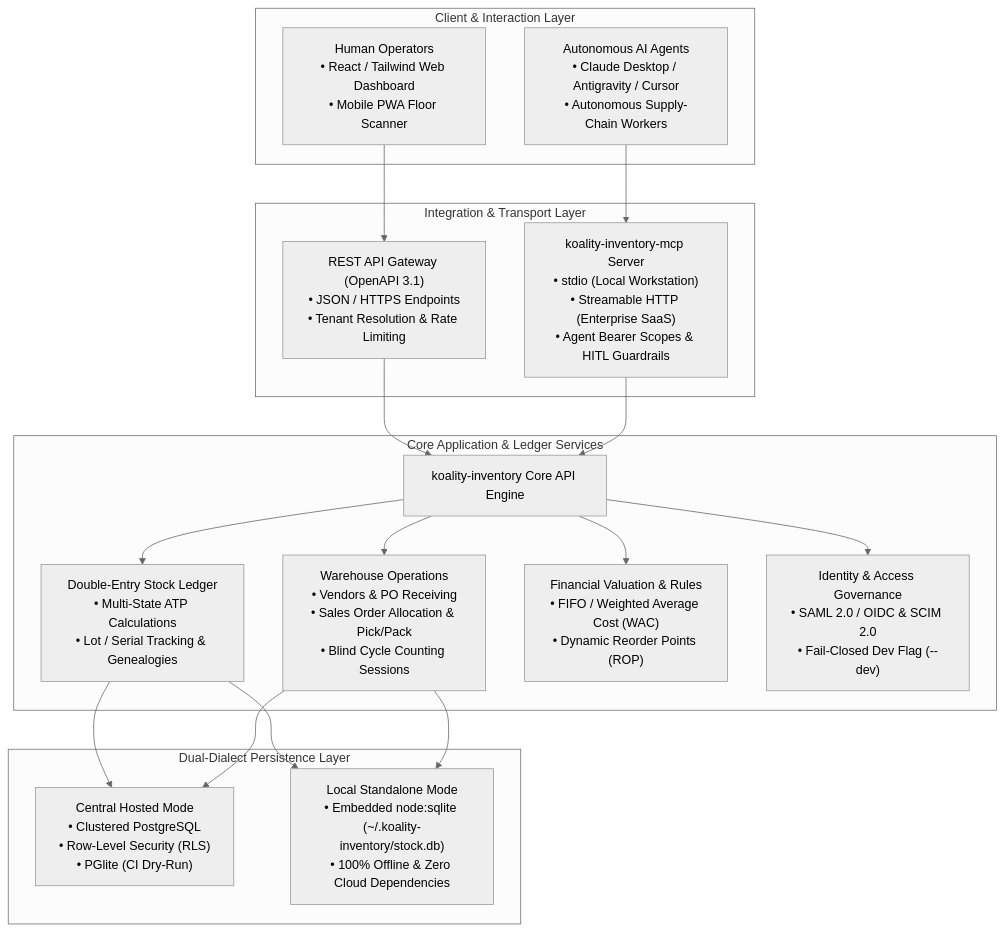
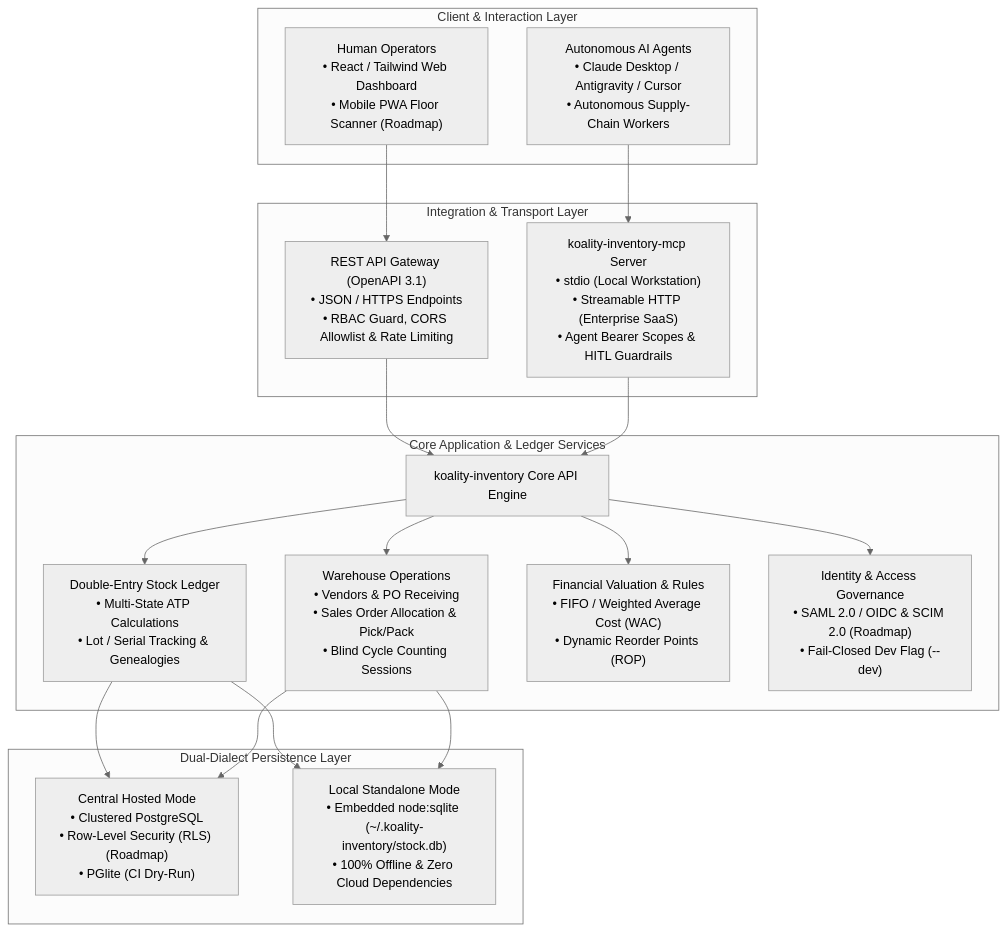
The diagram in README.md (Koality-Assured/koality-inventory), drawn with Mermaid (neutral theme) before and after one commit. The commit also changed other lines of this file and 10 other files, not shown here.

First line of the commit message:
fix(security): enforce RBAC, rate-limits, and update specs (#5)

````diff
--- a/README.md
+++ b/README.md
@@ -29,40 +29,40 @@
 ```mermaid
 flowchart TD
     subgraph ClientLayer ["Client & Interaction Layer"]
-        HumanUI["Human Operators<br/>• React / Tailwind Web Dashboard<br/>• Mobile PWA Floor Scanner"]
+        HumanUI["Human Operators<br/>• React / Tailwind Web Dashboard<br/>• Mobile PWA Floor Scanner (Roadmap)"]
         Agents["Autonomous AI Agents<br/>• Claude Desktop / Antigravity / Cursor<br/>• Autonomous Supply-Chain Workers"]
     end
 
     subgraph IntegrationLayer ["Integration & Transport Layer"]
-        Gateway["REST API Gateway (OpenAPI 3.1)<br/>• JSON / HTTPS Endpoints<br/>• Tenant Resolution & Rate Limiting"]
+        Gateway["REST API Gateway (OpenAPI 3.1)<br/>• JSON / HTTPS Endpoints<br/>• RBAC Guard, CORS Allowlist & Rate Limiting"]
         MCPServer["koality-inventory-mcp Server<br/>• stdio (Local Workstation)<br/>• Streamable HTTP (Enterprise SaaS)<br/>• Agent Bearer Scopes & HITL Guardrails"]
     end
 
     subgraph CoreEngine ["Core Application & Ledger Services"]
         API["koality-inventory Core API Engine"]
         Ledger["Double-Entry Stock Ledger<br/>• Multi-State ATP Calculations<br/>• Lot / Serial Tracking & Genealogies"]
         Ops["Warehouse Operations<br/>• Vendors & PO Receiving<br/>• Sales Order Allocation & Pick/Pack<br/>• Blind Cycle Counting Sessions"]
         Valuation["Financial Valuation & Rules<br/>• FIFO / Weighted Average Cost (WAC)<br/>• Dynamic Reorder Points (ROP)"]
-        AuthModule["Identity & Access Governance<br/>• SAML 2.0 / OIDC & SCIM 2.0<br/>• Fail-Closed Dev Flag (--dev)"]
+        AuthModule["Identity & Access Governance<br/>• SAML 2.0 / OIDC & SCIM 2.0 (Roadmap)<br/>• Fail-Closed Dev Flag (--dev)"]
     end
 
     subgraph StorageLayer ["Dual-Dialect Persistence Layer"]
-        PG["Central Hosted Mode<br/>• Clustered PostgreSQL<br/>• Row-Level Security (RLS)<br/>• PGlite (CI Dry-Run)"]
+        PG["Central Hosted Mode<br/>• Clustered PostgreSQL<br/>• Row-Level Security (RLS) (Roadmap)<br/>• PGlite (CI Dry-Run)"]
         SQLite["Local Standalone Mode<br/>• Embedded node:sqlite (~/.koality-inventory/stock.db)<br/>• 100% Offline & Zero Cloud Dependencies"]
     end
 
     HumanUI --> Gateway
     Agents --> MCPServer
     Gateway --> API
     MCPServer --> API
 
     API --> Ledger
     API --> Ops
     API --> Valuation
     API --> AuthModule
 
     Ledger --> PG
     Ledger --> SQLite
     Ops --> PG
     Ops --> SQLite
 ```
````
